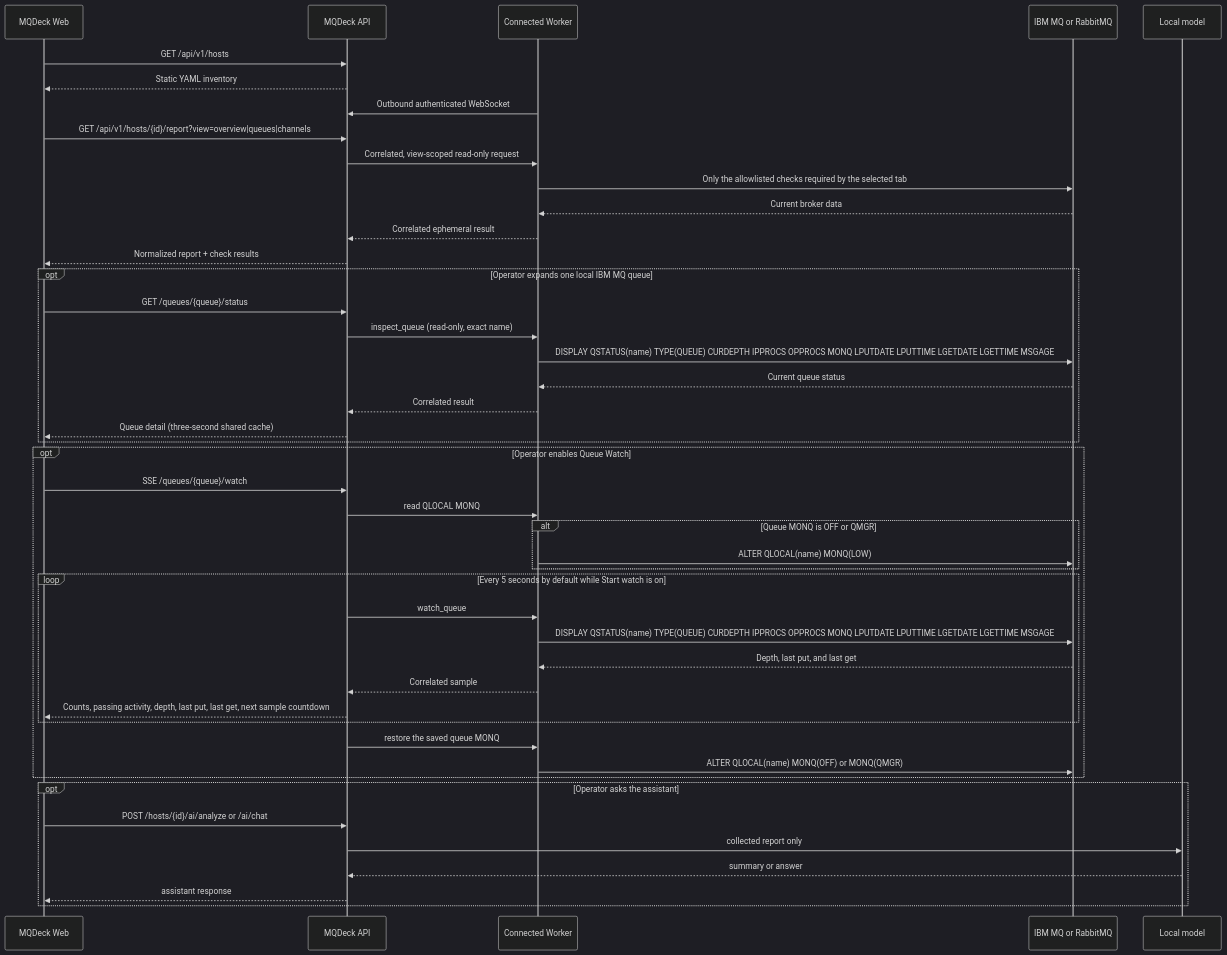
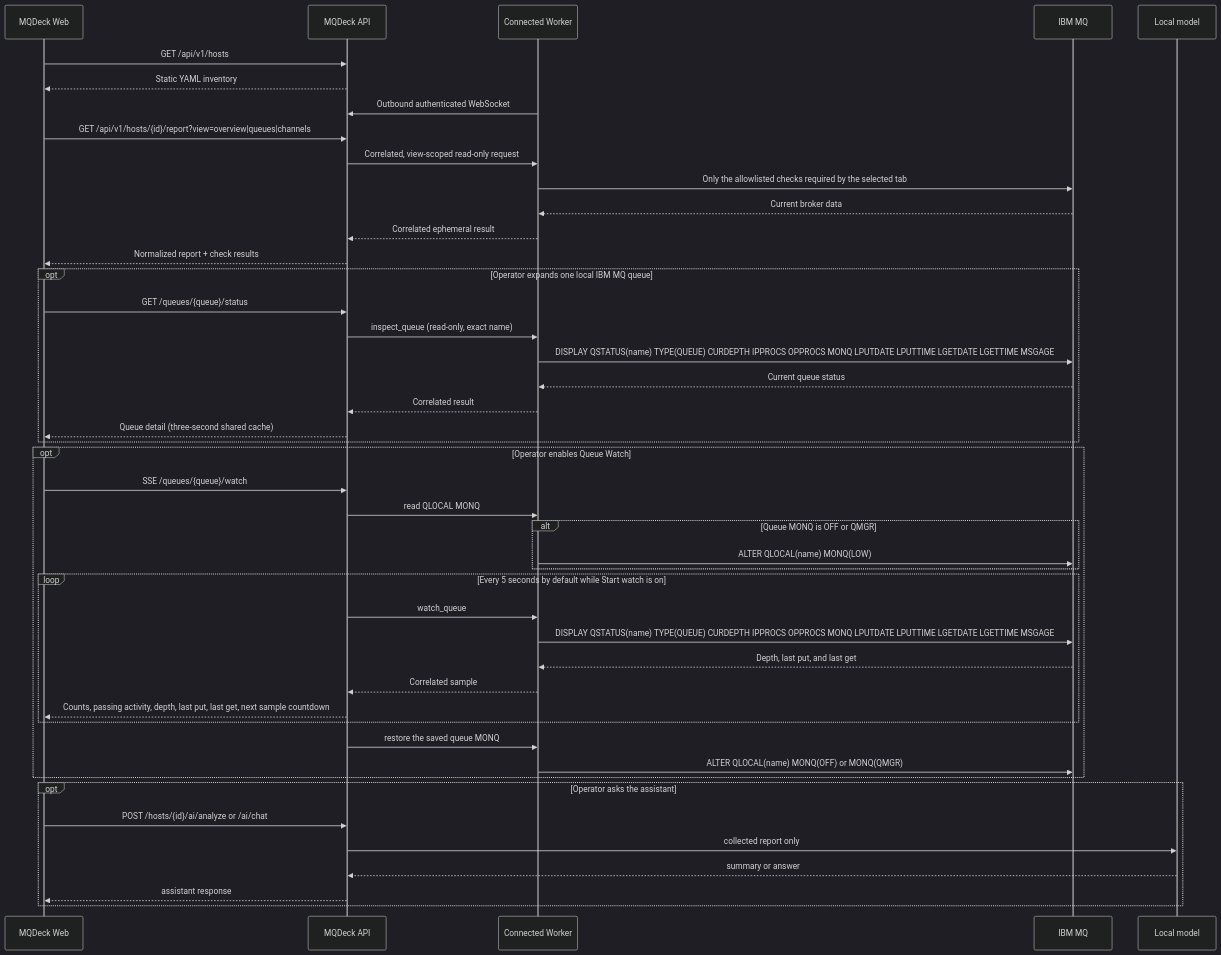
The diagram in docs/on-demand-architecture.md (mqdeck/mqdeck), drawn with Mermaid (dark theme) before and after one commit. The commit also changed other lines of this file and 20 other files, not shown here.

````diff
--- a/docs/on-demand-architecture.md
+++ b/docs/on-demand-architecture.md
@@ -22,48 +22,48 @@
 ```mermaid
 sequenceDiagram
     participant UI as MQDeck Web
     participant API as MQDeck API
     participant A as Connected Worker
-    participant MQ as IBM MQ or RabbitMQ
+    participant MQ as IBM MQ
     participant Model as Local model
 
     UI->>API: GET /api/v1/hosts
     API-->>UI: Static YAML inventory
     A->>API: Outbound authenticated WebSocket
     UI->>API: GET /api/v1/hosts/{id}/report?view=overview|queues|channels
     API->>A: Correlated, view-scoped read-only request
     A->>MQ: Only the allowlisted checks required by the selected tab
     MQ-->>A: Current broker data
     A-->>API: Correlated ephemeral result
     API-->>UI: Normalized report + check results
     opt Operator expands one local IBM MQ queue
         UI->>API: GET /queues/{queue}/status
         API->>A: inspect_queue (read-only, exact name)
         A->>MQ: DISPLAY QSTATUS(name) TYPE(QUEUE) CURDEPTH IPPROCS OPPROCS MONQ LPUTDATE LPUTTIME LGETDATE LGETTIME MSGAGE
         MQ-->>A: Current queue status
         A-->>API: Correlated result
         API-->>UI: Queue detail (three-second shared cache)
     end
     opt Operator enables Queue Watch
         UI->>API: SSE /queues/{queue}/watch
         API->>A: read QLOCAL MONQ
         alt Queue MONQ is OFF or QMGR
             A->>MQ: ALTER QLOCAL(name) MONQ(LOW)
         end
         loop Every 5 seconds by default while Start watch is on
             API->>A: watch_queue
             A->>MQ: DISPLAY QSTATUS(name) TYPE(QUEUE) CURDEPTH IPPROCS OPPROCS MONQ LPUTDATE LPUTTIME LGETDATE LGETTIME MSGAGE
             MQ-->>A: Depth, last put, and last get
             A-->>API: Correlated sample
             API-->>UI: Counts, passing activity, depth, last put, last get, next sample countdown
         end
         API->>A: restore the saved queue MONQ
         A->>MQ: ALTER QLOCAL(name) MONQ(OFF) or MONQ(QMGR)
     end
     opt Operator asks the assistant
         UI->>API: POST /hosts/{id}/ai/analyze or /ai/chat
         API->>Model: collected report only
         Model-->>API: summary or answer
         API-->>UI: assistant response
     end
 ```
````
